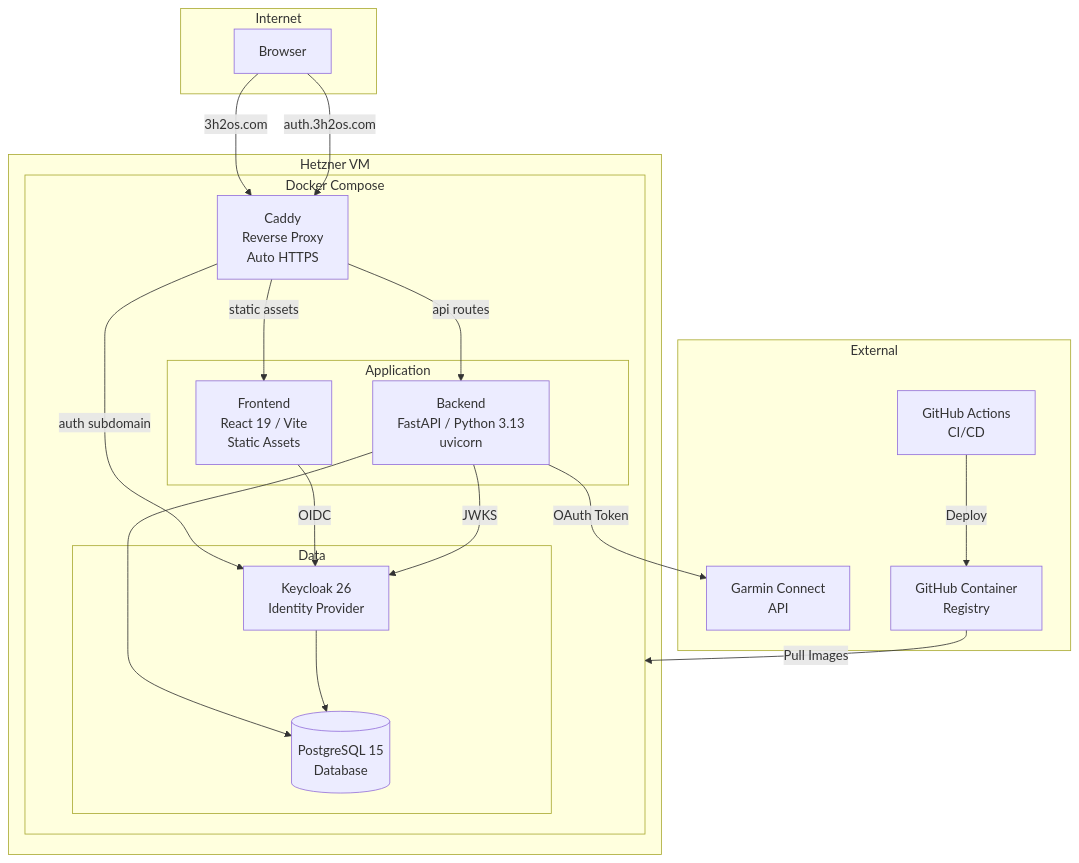
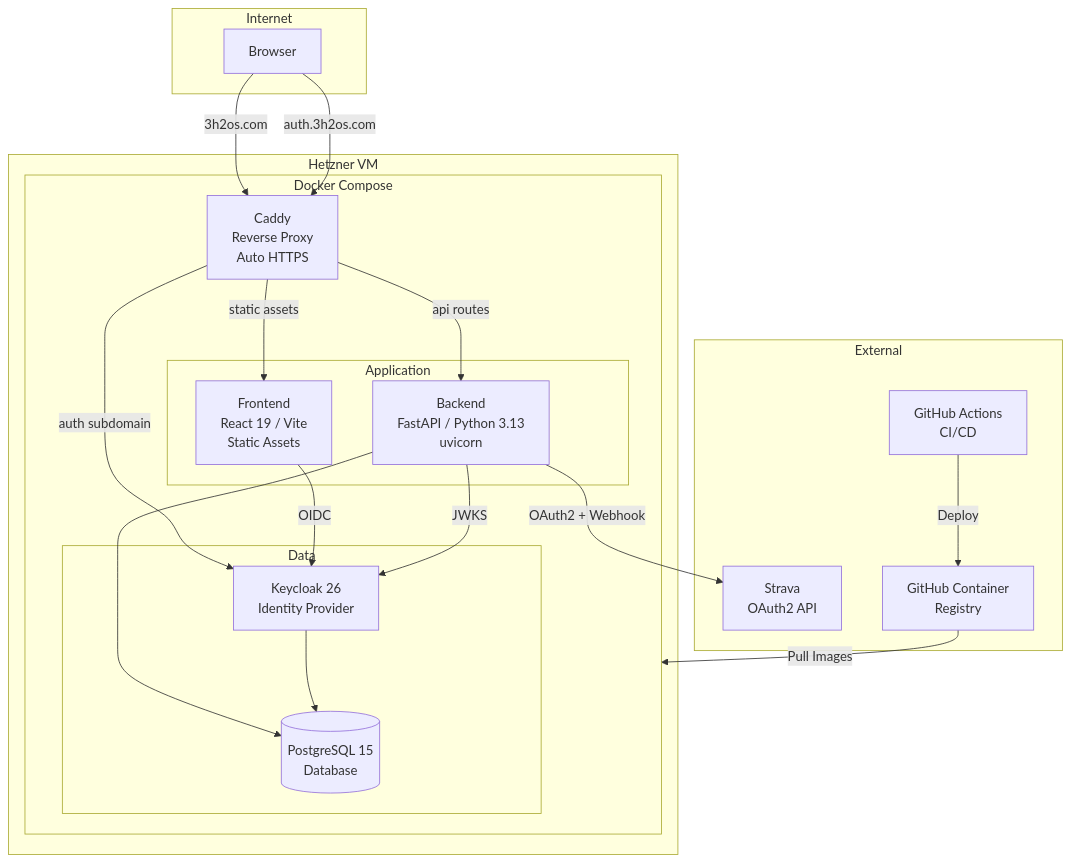
The first of 3 diagrams in README.md (michaelbramwell/3h2Os), drawn with Mermaid before and after one commit. The commit also changed other lines of this file and 12 other files, not shown here.

````diff
--- a/README.md
+++ b/README.md
@@ -256,41 +269,41 @@
 ```mermaid
 graph TB
     subgraph Internet
         User[Browser]
     end
 
     subgraph HetznerVM [Hetzner VM]
         subgraph DockerStack [Docker Compose]
             Caddy[Caddy<br/>Reverse Proxy<br/>Auto HTTPS]
 
             subgraph Application
                 FE[Frontend<br/>React 19 / Vite<br/>Static Assets]
                 BE[Backend<br/>FastAPI / Python 3.13<br/>uvicorn]
             end
 
             subgraph Data
                 Postgres[(PostgreSQL 15<br/>Database)]
                 KC[Keycloak 26<br/>Identity Provider]
             end
         end
     end
 
     subgraph External
-        Garmin[Garmin Connect<br/>API]
+        Strava[Strava<br/>OAuth2 API]
         GHCR[GitHub Container<br/>Registry]
         GHA[GitHub Actions<br/>CI/CD]
     end
 
     User -->|3h2os.com| Caddy
     User -->|auth.3h2os.com| Caddy
     Caddy -->|static assets| FE
     Caddy -->|api routes| BE
     Caddy -->|auth subdomain| KC
     BE --> Postgres
     KC --> Postgres
-    BE -->|OAuth Token| Garmin
+    BE -->|OAuth2 + Webhook| Strava
     FE -->|OIDC| KC
     BE -->|JWKS| KC
     GHA -->|Deploy| GHCR
     GHCR -->|Pull Images| DockerStack
 ```
````
